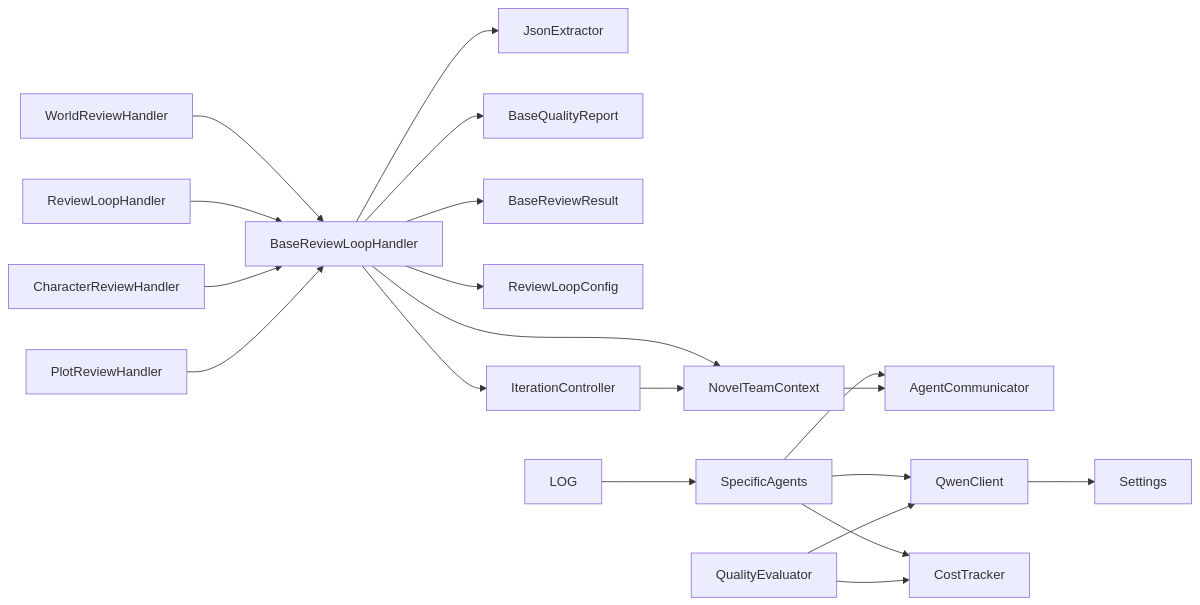
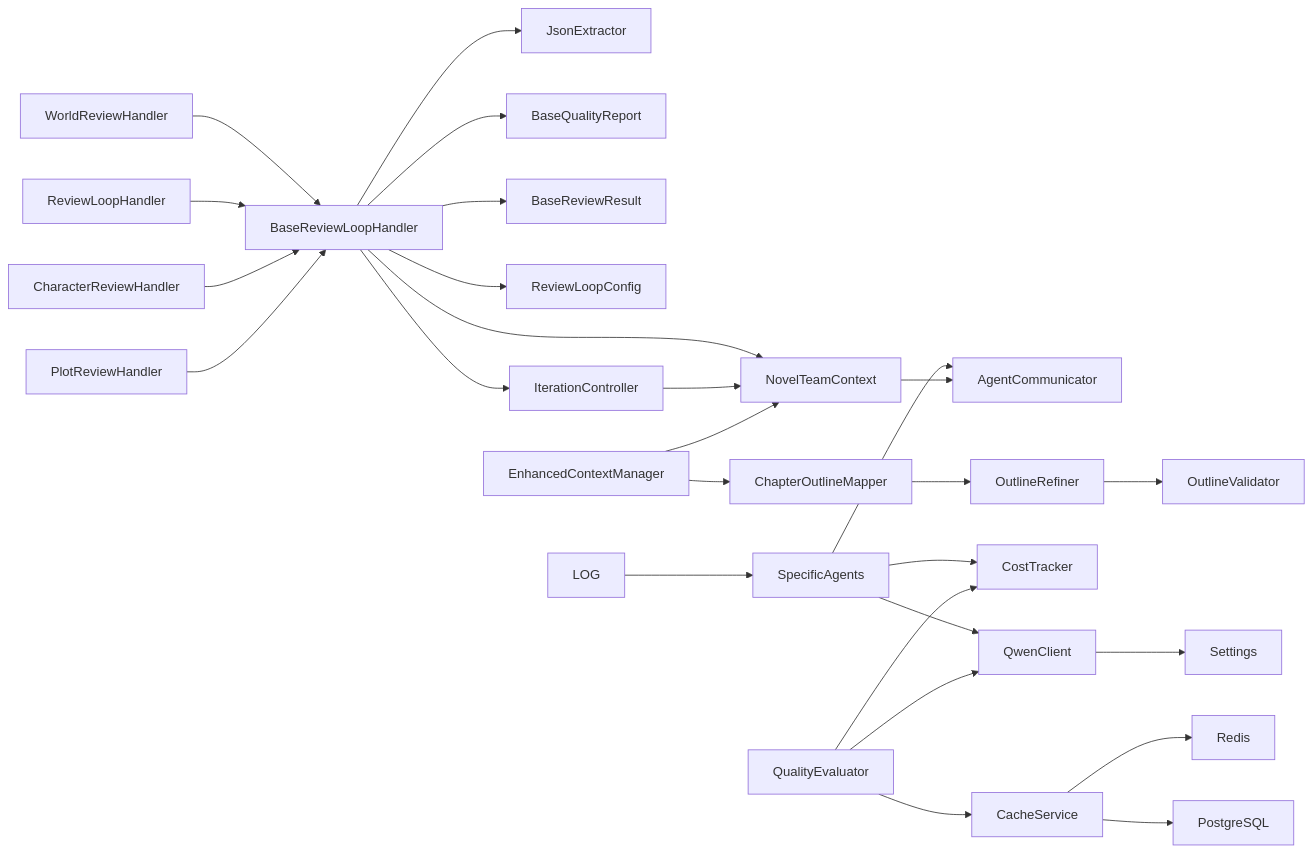
One commit to xfbyxq/ai-novel-system changed diagram 16 of 16 in .qoder/repowiki/zh/content/AI智能体系统/AI智能体系统.md. Above: the diagram before and after it, drawn with Mermaid. The commit also changed other lines of this file and 6 other files, not shown here.

First line of the commit message:
feat(architecture): 完善智能体系统核心组件与架构文档

````diff
--- a/.qoder/repowiki/zh/content/AI智能体系统/AI智能体系统.md
+++ b/.qoder/repowiki/zh/content/AI智能体系统/AI智能体系统.md
@@ -815,22 +1101,29 @@
 ```mermaid
 graph LR
 SA["SpecificAgents"] --> AC["AgentCommunicator"]
 SA --> QC["QwenClient"]
 SA --> CT["CostTracker"]
 RLB["BaseReviewLoopHandler"] --> JX["JsonExtractor"]
 RLB --> QR["BaseQualityReport"]
 RLB --> RR["BaseReviewResult"]
 RLB --> RLC["ReviewLoopConfig"]
 RLB --> IC["IterationController"]
 RLB --> TC["NovelTeamContext"]
 WR["WorldReviewHandler"] --> RLB
 RL["ReviewLoopHandler"] --> RLB
 CR["CharacterReviewHandler"] --> RLB
 PR["PlotReviewHandler"] --> RLB
 QE["QualityEvaluator"] --> QC
 QE --> CT
 IC --> TC
 TC --> AC
+ECM["EnhancedContextManager"] --> TC
+ECM --> COM["ChapterOutlineMapper"]
+COM --> OR["OutlineRefiner"]
+OR --> OV["OutlineValidator"]
+CS["CacheService"] --> REDIS["Redis"]
+QE --> CS
+CS --> DB["PostgreSQL"]
 QC --> CFG["Settings"]
 LOG --> SA
 ```
````
